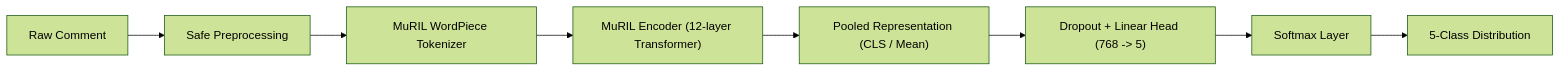
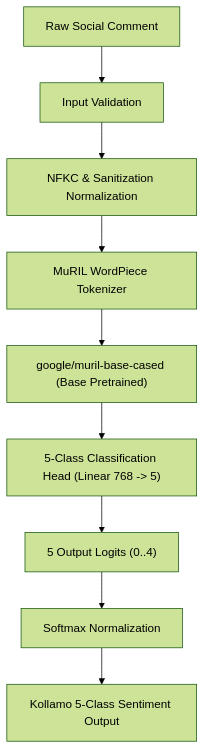
One commit to sumedhacp/kollamo-ai-v2 changed the diagram in docs/ml-pipeline.md. Above: the diagram before and after it, drawn with Mermaid (forest theme). The commit also changed other lines of this file and 19 other files, not shown here.

````diff
--- a/docs/ml-pipeline.md
+++ b/docs/ml-pipeline.md
@@ -11,19 +16,11 @@
 ```mermaid
-flowchart LR
-    RawText["Raw Comment"]
-    Preproc["Safe Preprocessing"]
-    Tokenizer["MuRIL WordPiece Tokenizer"]
-    MuRILEncoder["MuRIL Encoder (12-layer Transformer)"]
-    Pooler["Pooled Representation (CLS / Mean)"]
-    DropoutHead["Dropout + Linear Head (768 -> 5)"]
-    Softmax["Softmax Layer"]
-    Prediction["5-Class Distribution"]
-
-    RawText --> Preproc
-    Preproc --> Tokenizer
-    Tokenizer --> MuRILEncoder
-    MuRILEncoder --> Pooler
-    Pooler --> DropoutHead
-    DropoutHead --> Softmax
-    Softmax --> Prediction
+flowchart TD
+    Raw["Raw Social Comment"] --> Val["Input Validation"]
+    Val --> Norm["NFKC & Sanitization Normalization"]
+    Norm --> Tok["MuRIL WordPiece Tokenizer"]
+    Tok --> Base["google/muril-base-cased (Base Pretrained)"]
+    Base --> Head["5-Class Classification Head (Linear 768 -> 5)"]
+    Head --> Logits["5 Output Logits (0..4)"]
+    Logits --> Softmax["Softmax Normalization"]
+    Softmax --> Dist["Kollamo 5-Class Sentiment Output"]
 ```
````
